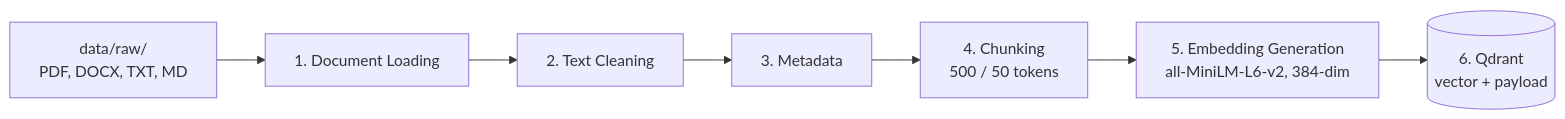
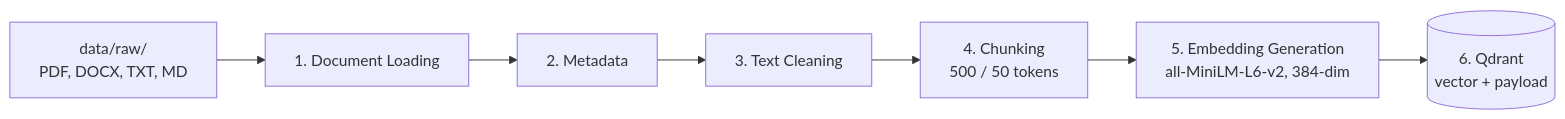
One commit to davronbek-malikov/TACTIQ changed the second of 2 diagrams in README.md. Above: the diagram before and after it, drawn with Mermaid. The commit also changed other lines of this file and 34 other files, not shown here.

````diff
--- a/README.md
+++ b/README.md
@@ -279,9 +279,9 @@
 ```mermaid
 flowchart LR
     A["data/raw/<br/>PDF, DOCX, TXT, MD"] --> B["1. Document Loading"]
-    B --> C["2. Text Cleaning"]
-    C --> D["3. Metadata"]
+    B --> C["2. Metadata"]
+    C --> D["3. Text Cleaning"]
     D --> E["4. Chunking<br/>500 / 50 tokens"]
     E --> F["5. Embedding Generation<br/>all-MiniLM-L6-v2, 384-dim"]
     F --> G[("6. Qdrant<br/>vector + payload")]
 ```
````
